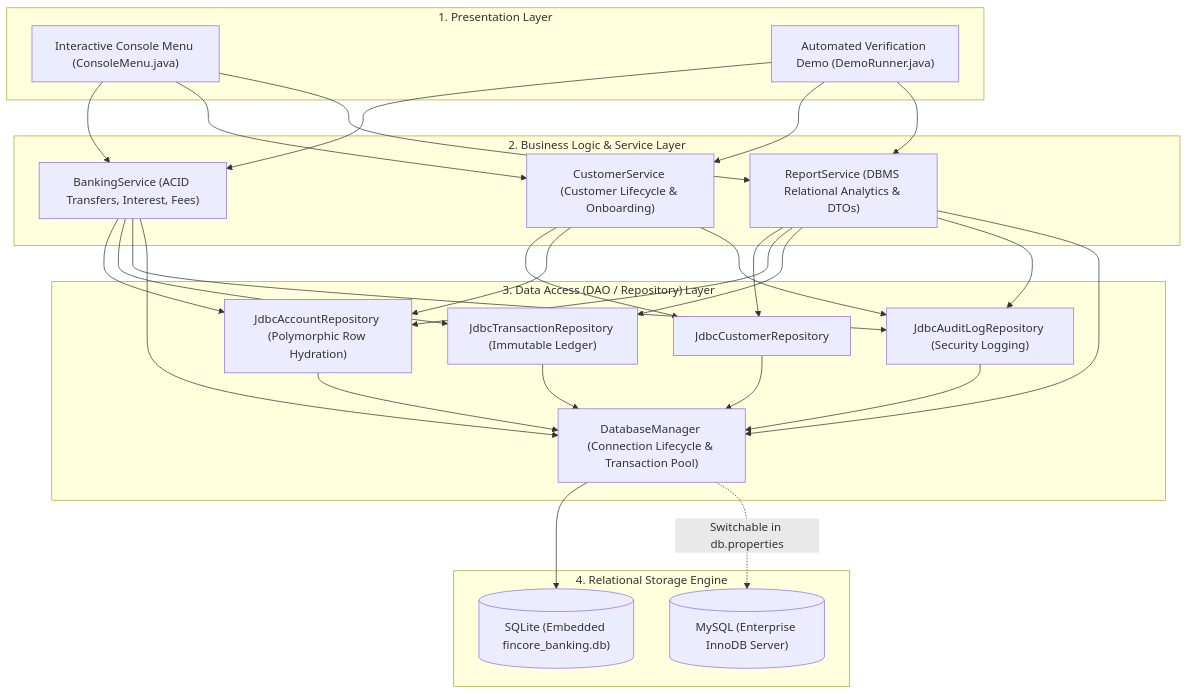
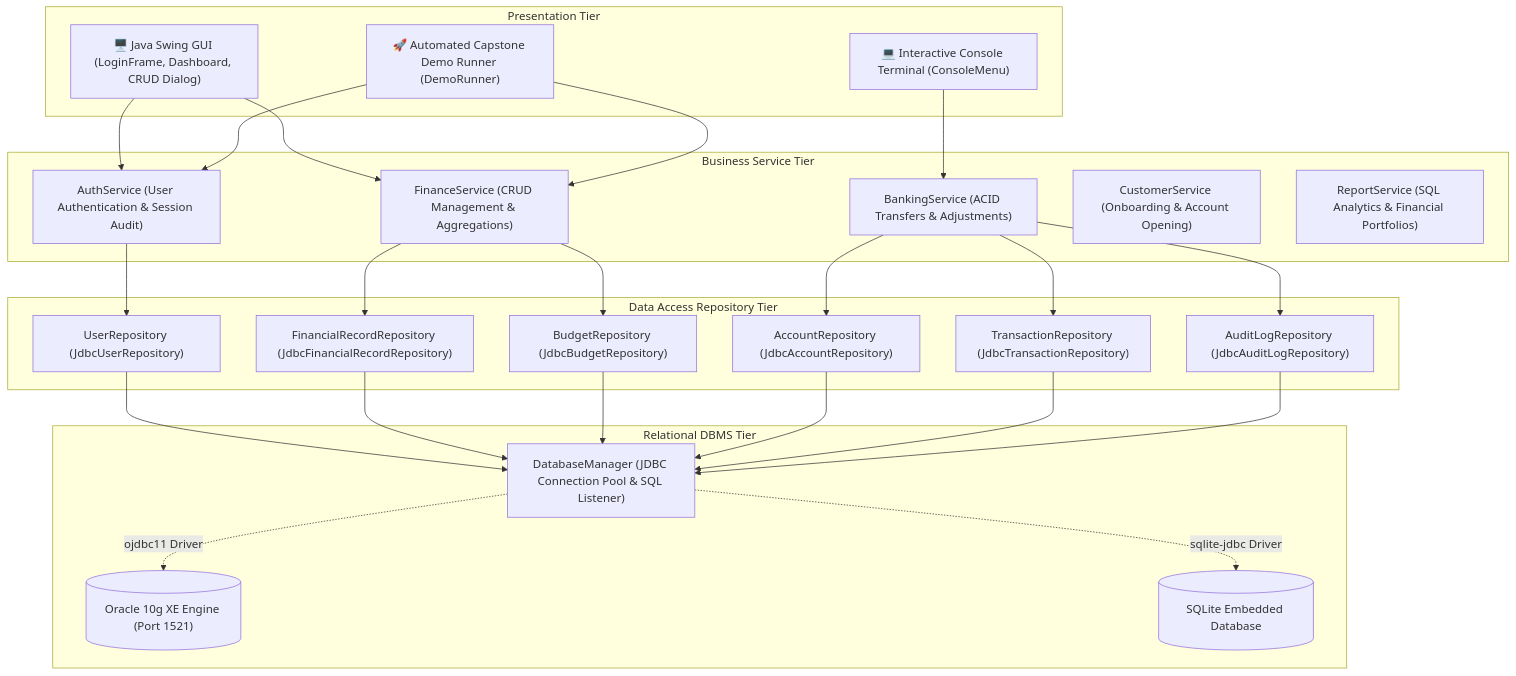
One commit to SmitroniX/FINCORE-OOP-DBMS-CAPSTONE-BANKING-SYSTEM changed the fifth of 5 diagrams in docs/ERD_AND_UML.md. Above: the diagram before and after it, drawn with Mermaid. The commit also changed other lines of this file and 30 other files, not shown here.

Commit message:
feat: add Oracle DB authentication, Java Swing Finance Dashboard, and complete CRUD module with live SQL execution

````diff
--- a/docs/ERD_AND_UML.md
+++ b/docs/ERD_AND_UML.md
@@ -259,37 +376,54 @@
 ```mermaid
-flowchart TD
-    subgraph Presentation_Layer["1. Presentation Layer"]
-        CLI["Interactive Console Menu (ConsoleMenu.java)"]
-        DEMO["Automated Verification Demo (DemoRunner.java)"]
+graph TD
+    subgraph Presentation Tier
+        UI_GUI["🖥️ Java Swing GUI (LoginFrame, Dashboard, CRUD Dialog)"]
+        UI_CLI["💻 Interactive Console Terminal (ConsoleMenu)"]
+        UI_DEMO["🚀 Automated Capstone Demo Runner (DemoRunner)"]
     end
 
-    subgraph Business_Service_Layer["2. Business Logic & Service Layer"]
-        BS["BankingService (ACID Transfers, Interest, Fees)"]
-        CS["CustomerService (Customer Lifecycle & Onboarding)"]
-        RS["ReportService (DBMS Relational Analytics & DTOs)"]
+    subgraph Business Service Tier
+        AUTH_SVC["AuthService (User Authentication & Session Audit)"]
+        FIN_SVC["FinanceService (CRUD Management & Aggregations)"]
+        BANK_SVC["BankingService (ACID Transfers & Adjustments)"]
+        CUST_SVC["CustomerService (Onboarding & Account Opening)"]
+        RPT_SVC["ReportService (SQL Analytics & Financial Portfolios)"]
     end
 
-    subgraph Data_Access_Layer["3. Data Access (DAO / Repository) Layer"]
-        CR["JdbcCustomerRepository"]
-        AR["JdbcAccountRepository (Polymorphic Row Hydration)"]
-        TR["JdbcTransactionRepository (Immutable Ledger)"]
-        ALR["JdbcAuditLogRepository (Security Logging)"]
-        DBM["DatabaseManager (Connection Lifecycle & Transaction Pool)"]
+    subgraph Data Access Repository Tier
+        USER_REPO["UserRepository (JdbcUserRepository)"]
+        FIN_REPO["FinancialRecordRepository (JdbcFinancialRecordRepository)"]
+        BUDGET_REPO["BudgetRepository (JdbcBudgetRepository)"]
+        ACC_REPO["AccountRepository (JdbcAccountRepository)"]
+        TX_REPO["TransactionRepository (JdbcTransactionRepository)"]
+        AUDIT_REPO["AuditLogRepository (JdbcAuditLogRepository)"]
     end
 
-    subgraph Storage_Layer["4. Relational Storage Engine"]
-        SQLITE[("SQLite (Embedded fincore_banking.db)")]
-        MYSQL[("MySQL (Enterprise InnoDB Server)")]
+    subgraph Relational DBMS Tier
+        DB_CONN["DatabaseManager (JDBC Connection Pool & SQL Listener)"]
+        ORACLE_DB[("Oracle 10g XE Engine (Port 1521)")]
+        SQLITE_DB[("SQLite Embedded Database")]
     end
 
-    CLI --> BS & CS & RS
-    DEMO --> BS & CS & RS
+    UI_GUI --> AUTH_SVC
+    UI_GUI --> FIN_SVC
+    UI_CLI --> BANK_SVC
+    UI_DEMO --> AUTH_SVC
+    UI_DEMO --> FIN_SVC
 
-    BS --> AR & TR & ALR & DBM
-    CS --> CR & AR & ALR
-    RS --> CR & AR & TR & ALR & DBM
+    AUTH_SVC --> USER_REPO
+    FIN_SVC --> FIN_REPO
+    FIN_SVC --> BUDGET_REPO
+    BANK_SVC --> ACC_REPO
+    BANK_SVC --> TX_REPO
+    BANK_SVC --> AUDIT_REPO
 
-    CR & AR & TR & ALR --> DBM
-    DBM --> SQLITE
-    DBM -.->|Switchable in db.properties| MYSQL
+    USER_REPO --> DB_CONN
+    FIN_REPO --> DB_CONN
+    BUDGET_REPO --> DB_CONN
+    ACC_REPO --> DB_CONN
+    TX_REPO --> DB_CONN
+    AUDIT_REPO --> DB_CONN
+
+    DB_CONN -.->|ojdbc11 Driver| ORACLE_DB
+    DB_CONN -.->|sqlite-jdbc Driver| SQLITE_DB
 ```
````
